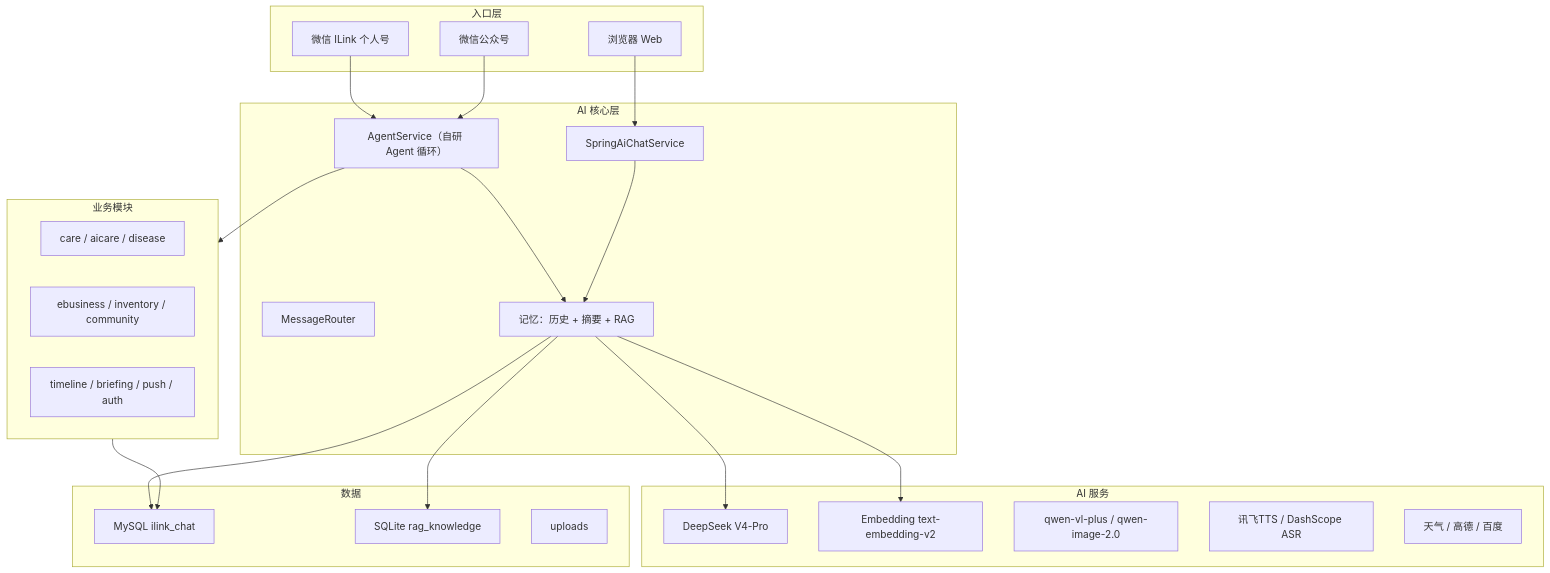
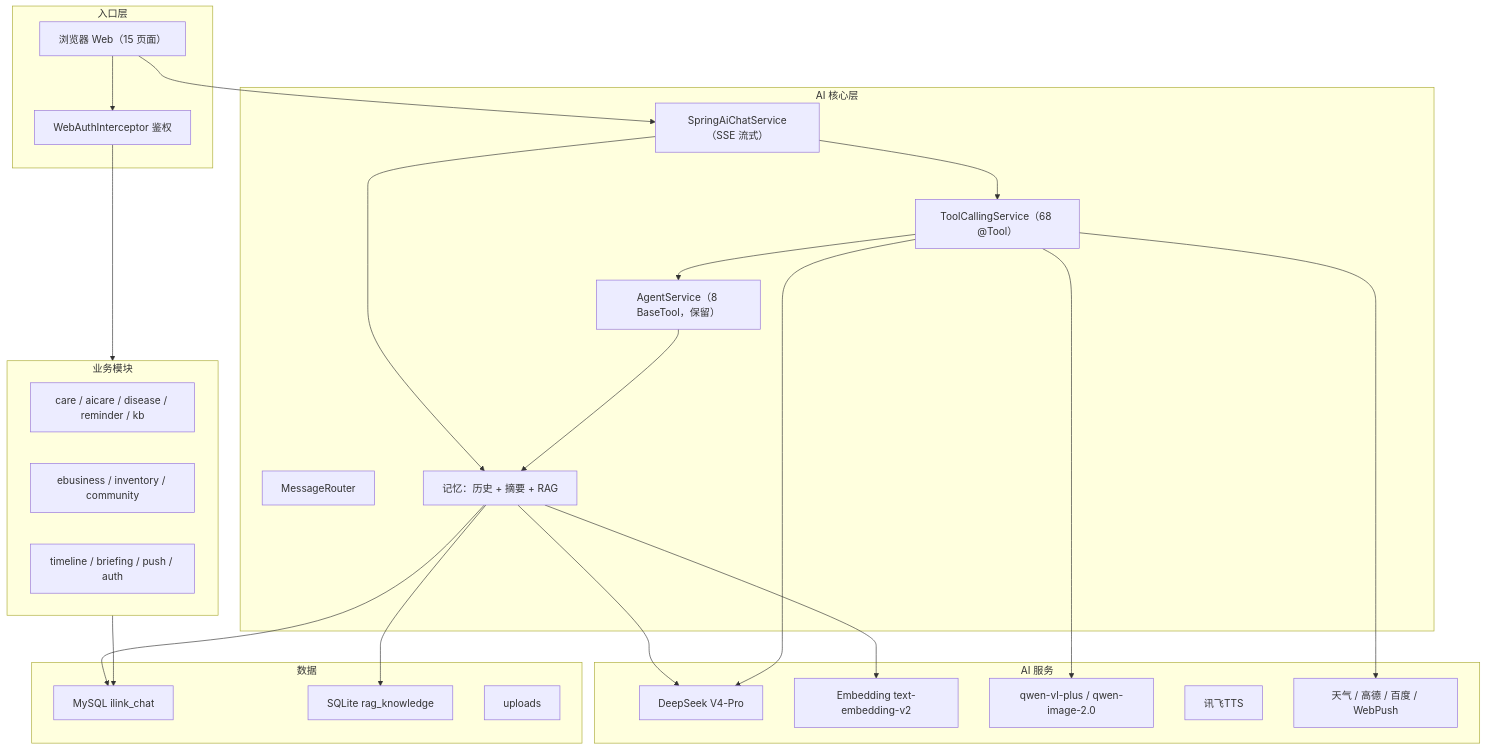
The first of 2 diagrams in 落地文档/项目知识文档.md (8750shuangyue/WECHATILINK), drawn with Mermaid before and after one commit. The commit also changed other lines of this file and 14 other files, not shown here.

Commit message:
docs: update 落地文档 to Web-only architecture (remove WeChat, 68 tools, auth design, new diagrams)

````diff
--- a/落地文档/项目知识文档.md
+++ b/落地文档/项目知识文档.md
@@ -94,42 +94,46 @@
 ```mermaid
 flowchart TB
     subgraph E["入口层"]
-        WX["微信 ILink 个人号"]
-        MP["微信公众号"]
-        WEB["浏览器 Web"]
+        WEB["浏览器 Web（15 页面）"]
+        AUTH["WebAuthInterceptor 鉴权"]
     end
     subgraph C["AI 核心层"]
-        AGENT["AgentService（自研 Agent 循环）"]
-        SAI["SpringAiChatService"]
+        SAI["SpringAiChatService（SSE 流式）"]
+        TCS["ToolCallingService（68 @Tool）"]
+        AGENT["AgentService（8 BaseTool，保留）"]
         ROUTER["MessageRouter"]
         MEM["记忆：历史 + 摘要 + RAG"]
     end
     subgraph B["业务模块"]
-        B1["care / aicare / disease"]
+        B1["care / aicare / disease / reminder / kb"]
         B2["ebusiness / inventory / community"]
         B3["timeline / briefing / push / auth"]
     end
     subgraph AI["AI 服务"]
         A1["DeepSeek V4-Pro"]
         A2["Embedding text-embedding-v2"]
         A3["qwen-vl-plus / qwen-image-2.0"]
-        A4["讯飞TTS / DashScope ASR"]
-        A5["天气 / 高德 / 百度"]
+        A4["讯飞TTS"]
+        A5["天气 / 高德 / 百度 / WebPush"]
     end
     subgraph D["数据"]
         D1["MySQL ilink_chat"]
         D2["SQLite rag_knowledge"]
         D3["uploads"]
     end
-    WX --> AGENT
-    MP --> AGENT
+    WEB --> AUTH
     WEB --> SAI
+    AUTH --> B
+    SAI --> TCS
+    SAI --> MEM
+    TCS --> AGENT
     AGENT --> MEM
-    SAI --> MEM
     MEM --> A1
     MEM --> A2
-    AGENT --> B
     B --> D1
     MEM --> D1
     MEM --> D2
+    TCS --> A1
+    TCS --> A3
+    TCS --> A5
 ```
````
